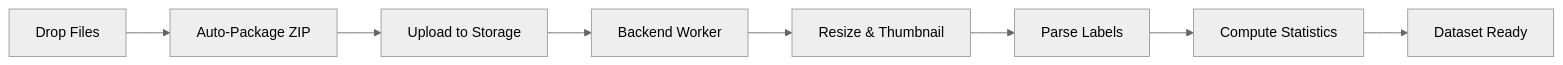
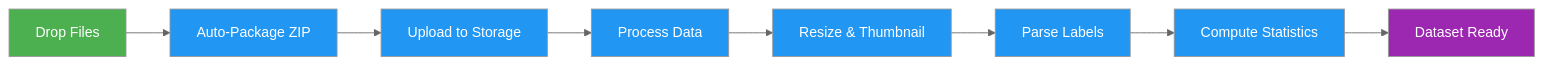
The second of 3 diagrams in ultralytics/docs/en/platform/quickstart.md (KATe-AGI/Embodied_VG), drawn with Mermaid (neutral theme) before and after one commit. The commit also changed other lines of this file and 980 other files, not shown here.

````diff
--- a/ultralytics/docs/en/platform/quickstart.md
+++ b/ultralytics/docs/en/platform/quickstart.md
@@ -177,10 +200,14 @@
 ```mermaid
 graph LR
-    A[Drop Files] --> B[Auto-Package ZIP]
-    B --> C[Upload to Storage]
-    C --> D[Backend Worker]
-    D --> E[Resize & Thumbnail]
-    E --> F[Parse Labels]
-    F --> G[Compute Statistics]
-    G --> H[Dataset Ready]
+    A[Drop Files]:::start --> B[Auto-Package ZIP]:::proc
+    B --> C[Upload to Storage]:::proc
+    C --> D[Process Data]:::proc
+    D --> E[Resize & Thumbnail]:::proc
+    E --> F[Parse Labels]:::proc
+    F --> G[Compute Statistics]:::proc
+    G --> H[Dataset Ready]:::out
+
+    classDef start fill:#4CAF50,color:#fff
+    classDef proc fill:#2196F3,color:#fff
+    classDef out fill:#9C27B0,color:#fff
 ```
````
